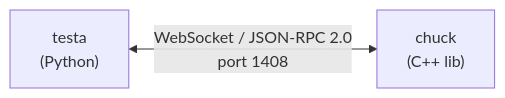
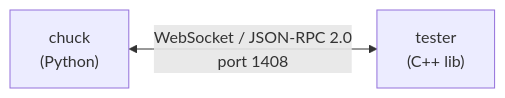
One commit to kelteseth/chuck_tester changed the first of 7 diagrams in docs/index.md. Above: the diagram before and after it, drawn with Mermaid. The commit also changed other lines of this file and 91 other files, not shown here.

First line of the commit message:
Rename: chuck(C++)→tester, testa(Python)→chuck, project→chuck_tester

````diff
--- a/docs/index.md
+++ b/docs/index.md
@@ -7,4 +7,4 @@
 ```mermaid
 graph LR
-    A["testa<br/>(Python)"] <-->|"WebSocket / JSON-RPC 2.0<br/>port 1408"| B["chuck<br/>(C++ lib)"]
+    A["chuck<br/>(Python)"] <-->|"WebSocket / JSON-RPC 2.0<br/>port 1408"| B["tester<br/>(C++ lib)"]
 ```
````
